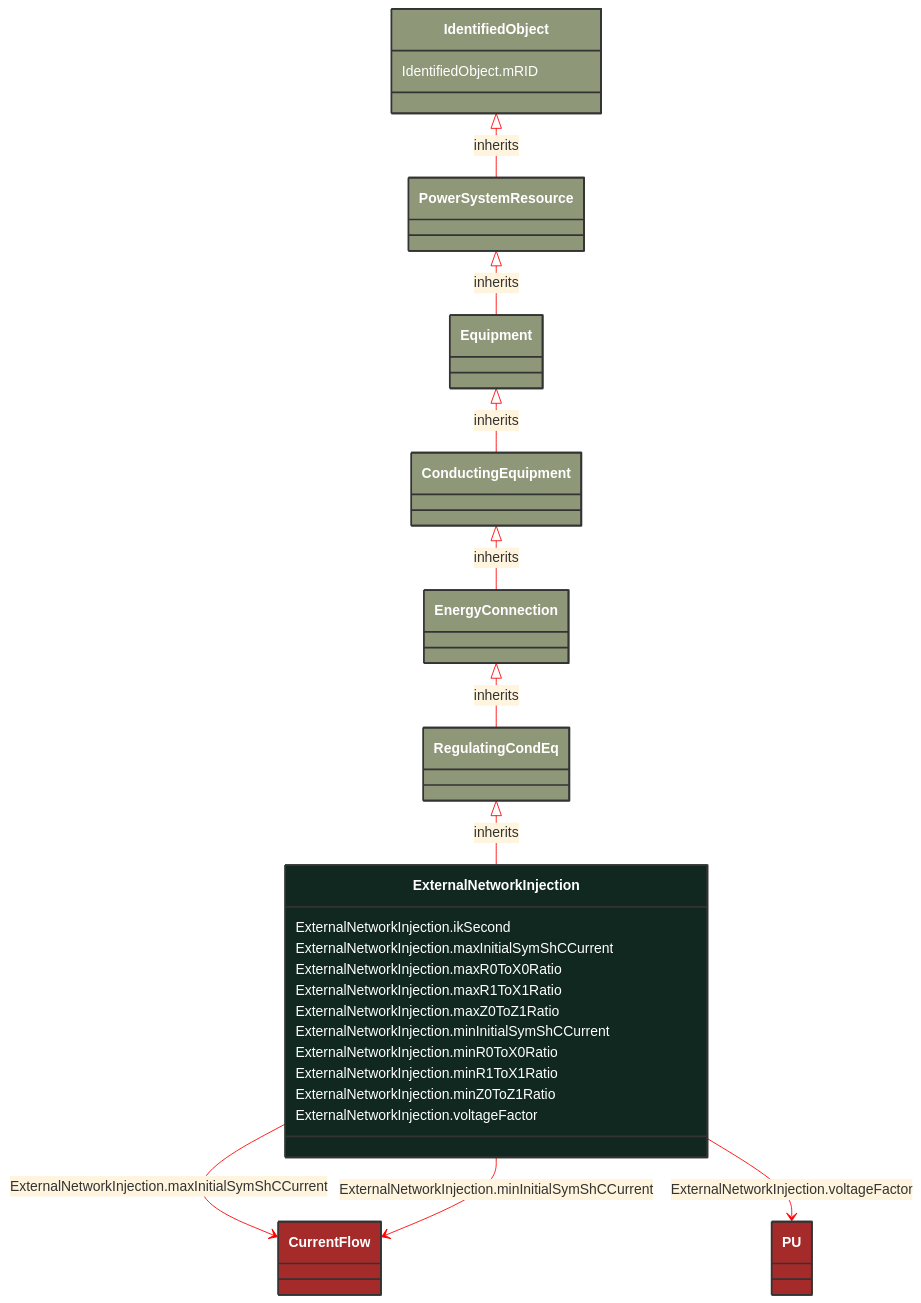
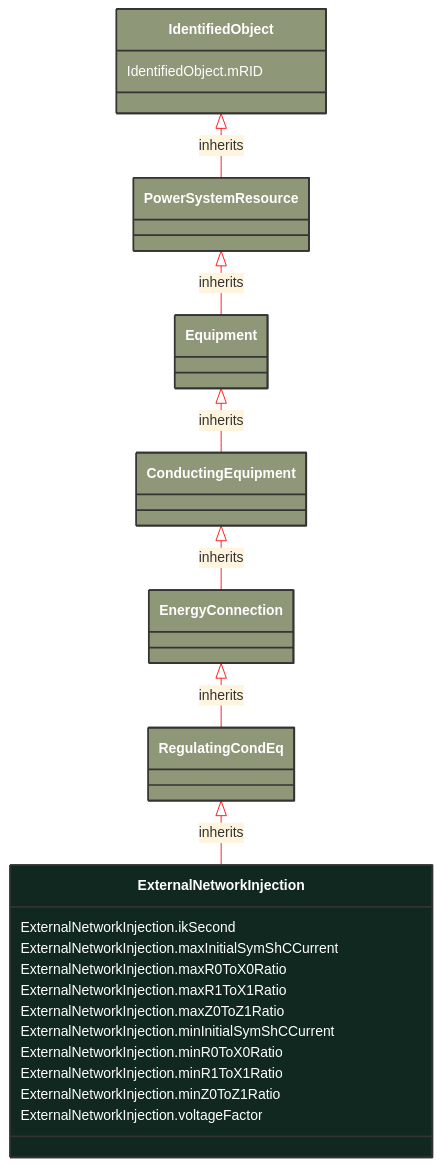
One commit to 3lbits/NoCIMExtensions changed the diagram in docs/Models/Profiles/ShortCircuit/ConcreteClasses/ExternalNetworkInjection.md. Above: the diagram before and after it, drawn with Mermaid. The commit also changed other lines of this file and 397 other files, not shown here.

First line of the commit message:
Refactor CIM schemas to introduce abstract classes and consolidate data types

````diff
--- a/docs/Models/Profiles/ShortCircuit/ConcreteClasses/ExternalNetworkInjection.md
+++ b/docs/Models/Profiles/ShortCircuit/ConcreteClasses/ExternalNetworkInjection.md
@@ -8,60 +8,45 @@
 ```mermaid
 %%{init: {'theme':'base','themeVariables': {'lineColor': '#FF0000'}}}%%
 classDiagram
     class ExternalNetworkInjection
     click ExternalNetworkInjection href "/Models/Profiles/ShortCircuit/ConcreteClasses/ExternalNetworkInjection/"
     style ExternalNetworkInjection fill:#102820,stroke:#333,stroke-width:2px,rx:10,ry:10,color:white
      
         RegulatingCondEq <|-- ExternalNetworkInjection : inherits
-            click RegulatingCondEq href "/Models/Profiles/ShortCircuit/ConcreteClasses/RegulatingCondEq/"
+            click RegulatingCondEq href "/Models/Profiles/ShortCircuit/AbstractClasses/RegulatingCondEq/"
             style RegulatingCondEq fill:#8F9779,stroke:#333,stroke-width:2px,rx:10,ry:10,color:white
      
         EnergyConnection <|-- RegulatingCondEq : inherits
-            click EnergyConnection href "/Models/Profiles/ShortCircuit/ConcreteClasses/EnergyConnection/"
+            click EnergyConnection href "/Models/Profiles/ShortCircuit/AbstractClasses/EnergyConnection/"
             style EnergyConnection fill:#8F9779,stroke:#333,stroke-width:2px,rx:10,ry:10,color:white
      
         ConductingEquipment <|-- EnergyConnection : inherits
-            click ConductingEquipment href "/Models/Profiles/ShortCircuit/ConcreteClasses/ConductingEquipment/"
+            click ConductingEquipment href "/Models/Profiles/ShortCircuit/AbstractClasses/ConductingEquipment/"
             style ConductingEquipment fill:#8F9779,stroke:#333,stroke-width:2px,rx:10,ry:10,color:white
      
         Equipment <|-- ConductingEquipment : inherits
-            click Equipment href "/Models/Profiles/ShortCircuit/ConcreteClasses/Equipment/"
+            click Equipment href "/Models/Profiles/ShortCircuit/AbstractClasses/Equipment/"
             style Equipment fill:#8F9779,stroke:#333,stroke-width:2px,rx:10,ry:10,color:white
      
         PowerSystemResource <|-- Equipment : inherits
-            click PowerSystemResource href "/Models/Profiles/ShortCircuit/ConcreteClasses/PowerSystemResource/"
+            click PowerSystemResource href "/Models/Profiles/ShortCircuit/AbstractClasses/PowerSystemResource/"
             style PowerSystemResource fill:#8F9779,stroke:#333,stroke-width:2px,rx:10,ry:10,color:white
      
         IdentifiedObject <|-- PowerSystemResource : inherits
-            click IdentifiedObject href "/Models/Profiles/ShortCircuit/ConcreteClasses/IdentifiedObject/"
+            click IdentifiedObject href "/Models/Profiles/ShortCircuit/AbstractClasses/IdentifiedObject/"
             style IdentifiedObject fill:#8F9779,stroke:#333,stroke-width:2px,rx:10,ry:10,color:white
 
-        ExternalNetworkInjection --> CurrentFlow : ExternalNetworkInjection.maxInitialSymShCCurrent
-
-        CurrentFlow
-            click CurrentFlow href "/Models/Profiles/ShortCircuit/ConcreteClasses/CurrentFlow/"
-            style CurrentFlow fill:#A52A2A,stroke:#333,stroke-width:2px,rx:10,ry:10,color:white
-        ExternalNetworkInjection --> CurrentFlow : ExternalNetworkInjection.minInitialSymShCCurrent
-
-        CurrentFlow
-            click CurrentFlow href "/Models/Profiles/ShortCircuit/ConcreteClasses/CurrentFlow/"
-            style CurrentFlow fill:#A52A2A,stroke:#333,stroke-width:2px,rx:10,ry:10,color:white
-        ExternalNetworkInjection --> PU : ExternalNetworkInjection.voltageFactor
-
-        PU
-            click PU href "/Models/Profiles/ShortCircuit/ConcreteClasses/PU/"
-            style PU fill:#A52A2A,stroke:#333,stroke-width:2px,rx:10,ry:10,color:white
 
 
         ExternalNetworkInjection : ExternalNetworkInjection.ikSecond
         ExternalNetworkInjection : ExternalNetworkInjection.maxInitialSymShCCurrent
         ExternalNetworkInjection : ExternalNetworkInjection.maxR0ToX0Ratio
         ExternalNetworkInjection : ExternalNetworkInjection.maxR1ToX1Ratio
         ExternalNetworkInjection : ExternalNetworkInjection.maxZ0ToZ1Ratio
         ExternalNetworkInjection : ExternalNetworkInjection.minInitialSymShCCurrent
         ExternalNetworkInjection : ExternalNetworkInjection.minR0ToX0Ratio
         ExternalNetworkInjection : ExternalNetworkInjection.minR1ToX1Ratio
         ExternalNetworkInjection : ExternalNetworkInjection.minZ0ToZ1Ratio
         ExternalNetworkInjection : ExternalNetworkInjection.voltageFactor
         IdentifiedObject : IdentifiedObject.mRID
 ```
````
